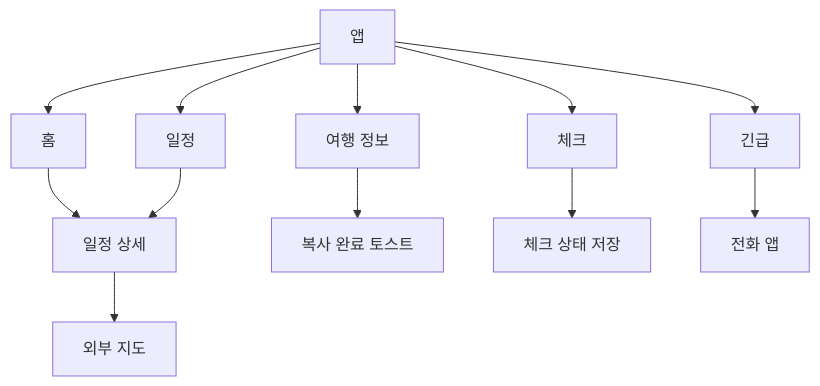
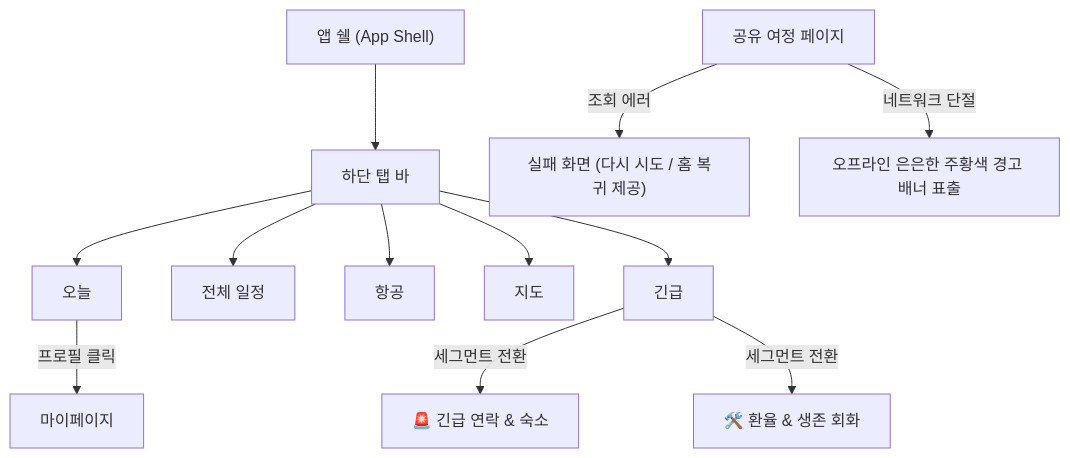
The second of 2 diagrams in docs/USER_FLOW.md (hjh6709/for_Kagoshima_travel), drawn with Mermaid before and after one commit. The commit also changed other lines of this file, not shown here.

Commit message:
docs: 5개 하단 탭 및 마이페이지 프로필 이전 등 최신 유저 플로우 반영 최신화

````diff
--- a/docs/USER_FLOW.md
+++ b/docs/USER_FLOW.md
@@ -87,17 +96,18 @@
 ```mermaid
 flowchart TB
-  App["앱"]
-  App --> Home["홈"]
-  App --> Schedule["일정"]
-  App --> Info["여행 정보"]
-  App --> Checklist["체크"]
-  App --> Emergency["긴급"]
+  App["앱 쉘 (App Shell)"]
+  App --> Tabs["하단 탭 바"]
+  
+  Tabs --> Today["오늘"]
+  Tabs --> Schedule["전체 일정"]
+  Tabs --> Flight["항공"]
+  Tabs --> Map["지도"]
+  Tabs --> Concierge["긴급"]
 
-  Home --> ScheduleDetail["일정 상세"]
-  Schedule --> ScheduleDetail
-  ScheduleDetail --> MapLink["외부 지도"]
-
-  Info --> CopyText["복사 완료 토스트"]
-  Checklist --> LocalState["체크 상태 저장"]
-  Emergency --> PhoneCall["전화 앱"]
+  Today -->|프로필 클릭| MyPage["마이페이지"]
+  Concierge -->|세그먼트 전환| ConciergeEmergency["🚨 긴급 연락 & 숙소"]
+  Concierge -->|세그먼트 전환| ConciergeTools["🛠️ 환율 & 생존 회화"]
+  
+  SharedPage["공유 여정 페이지"] -->|조회 에러| ErrorScreen["실패 화면 (다시 시도 / 홈 복귀 제공)"]
+  SharedPage -->|네트워크 단절| CachedWarning["오프라인 은은한 주황색 경고 배너 표출"]
 ```
````
